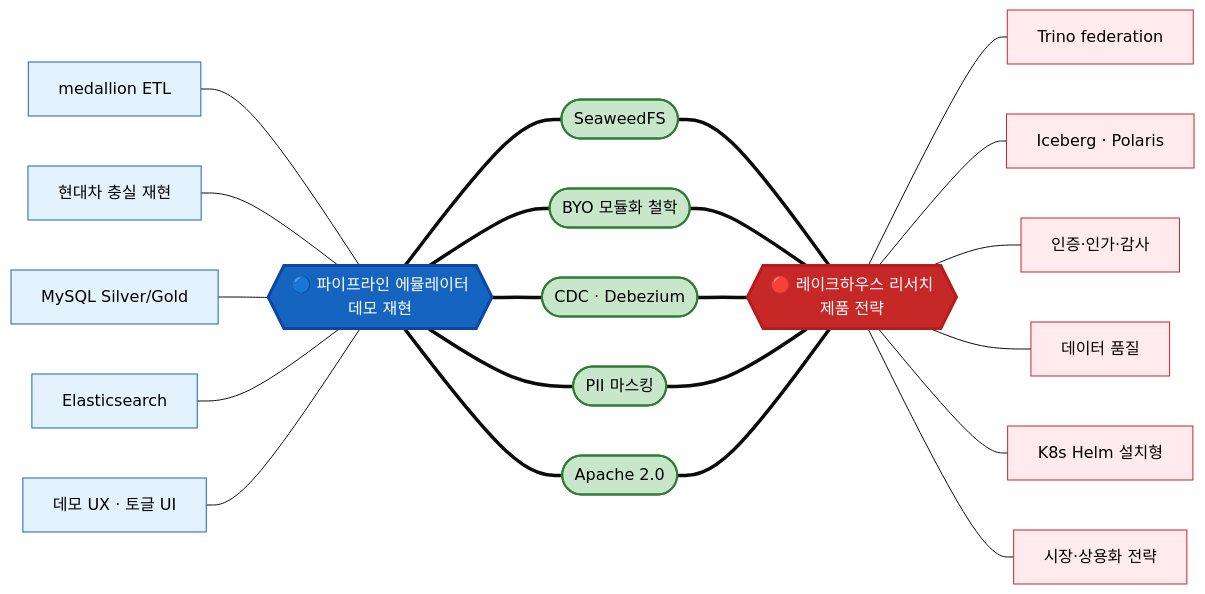
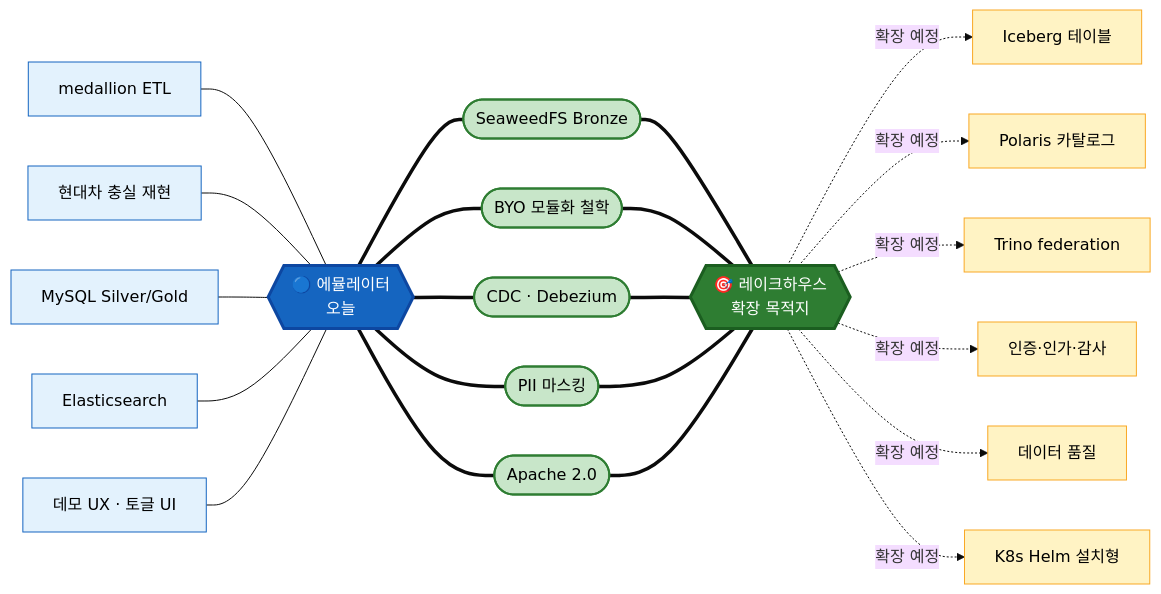
Before and after one commit to mzd-nrkim/pipeline-emulator: the first of 2 diagrams in docs/pipeline-emulator-vs-lakehouse-research.md, drawn with Mermaid (base theme). The commit also changed other lines of this file, not shown here.

````diff
--- a/docs/pipeline-emulator-vs-lakehouse-research.md
+++ b/docs/pipeline-emulator-vs-lakehouse-research.md
@@ -164,49 +38,49 @@
 ```mermaid
 flowchart LR
     E1["medallion ETL"]:::emu
     E2["현대차 충실 재현"]:::emu
     E3["MySQL Silver/Gold"]:::emu
     E4["Elasticsearch"]:::emu
     E5["데모 UX · 토글 UI"]:::emu
 
-    EMU{{"🔵 파이프라인 에뮬레이터<br/>데모 재현"}}:::hubE
-    RES{{"🔴 레이크하우스 리서치<br/>제품 전략"}}:::hubR
+    EMU{{"🔵 에뮬레이터<br/>오늘"}}:::hubE
+    RES{{"🎯 레이크하우스<br/>확장 목적지"}}:::hubR
 
-    S1(["SeaweedFS"]):::shared
+    S1(["SeaweedFS Bronze"]):::shared
     S2(["BYO 모듈화 철학"]):::shared
     S3(["CDC · Debezium"]):::shared
     S4(["PII 마스킹"]):::shared
     S5(["Apache 2.0"]):::shared
 
-    R1["Trino federation"]:::res
-    R2["Iceberg · Polaris"]:::res
-    R3["인증·인가·감사"]:::res
-    R4["데이터 품질"]:::res
-    R5["K8s Helm 설치형"]:::res
-    R6["시장·상용화 전략"]:::res
+    R1["Iceberg 테이블"]:::res
+    R2["Polaris 카탈로그"]:::res
+    R3["Trino federation"]:::res
+    R4["인증·인가·감사"]:::res
+    R5["데이터 품질"]:::res
+    R6["K8s Helm 설치형"]:::res
 
     E1 --- EMU
     E2 --- EMU
     E3 --- EMU
     E4 --- EMU
     E5 --- EMU
 
     EMU === S1 === RES
     EMU === S2 === RES
     EMU === S3 === RES
     EMU === S4 === RES
     EMU === S5 === RES
 
-    RES --- R1
-    RES --- R2
-    RES --- R3
-    RES --- R4
-    RES --- R5
-    RES --- R6
+    RES -.->|확장 예정| R1
+    RES -.->|확장 예정| R2
+    RES -.->|확장 예정| R3
+    RES -.->|확장 예정| R4
+    RES -.->|확장 예정| R5
+    RES -.->|확장 예정| R6
 
     classDef hubE fill:#1565c0,color:#fff,stroke:#0d47a1,stroke-width:3px
-    classDef hubR fill:#c62828,color:#fff,stroke:#b71c1c,stroke-width:3px
+    classDef hubR fill:#2e7d32,color:#fff,stroke:#1b5e20,stroke-width:3px
     classDef emu fill:#e3f2fd,stroke:#1565c0,color:#000
     classDef shared fill:#c8e6c9,stroke:#2e7d32,color:#000,stroke-width:2px
-    classDef res fill:#ffebee,stroke:#c62828,color:#000
+    classDef res fill:#fff3c4,stroke:#f9a825,color:#000
 ```
````
